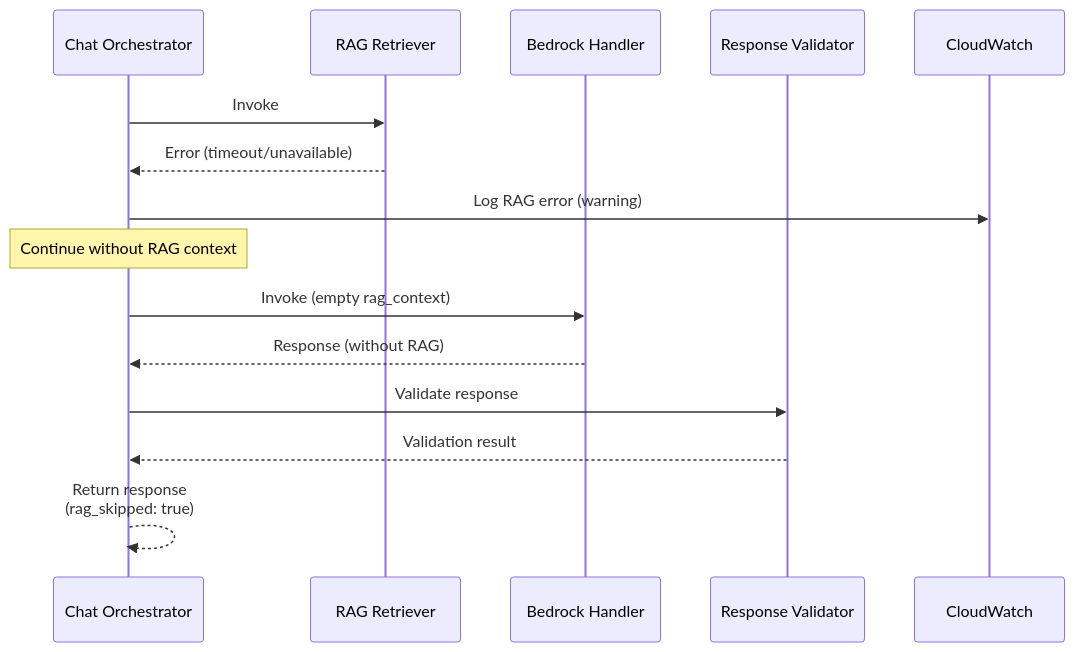
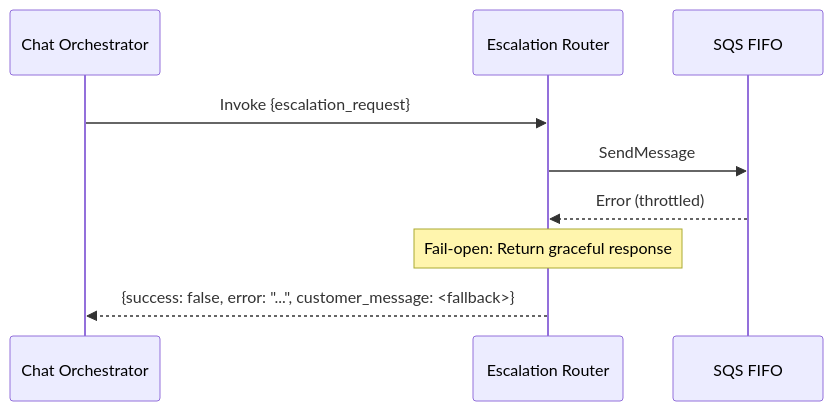
Before and after one commit to jujubear24/ai-customer-service-bot: the fourth of 4 diagrams in docs/architecture/data-flow.md, drawn with Mermaid. The commit also changed other lines of this file and 3 other files, not shown here.

First line of the commit message:
docs: update documentation for Phase 3.3 Escalation Router

````diff
--- a/docs/architecture/data-flow.md
+++ b/docs/architecture/data-flow.md
@@ -1126,23 +284,14 @@
 ```mermaid
 sequenceDiagram
     participant CO as Chat Orchestrator
-    participant RR as RAG Retriever
-    participant BH as Bedrock Handler
-    participant RV as Response Validator
-    participant CW as CloudWatch
+    participant ER as Escalation Router
+    participant SQS as SQS FIFO
 
-    CO->>RR: Invoke
-    RR-->>CO: Error (timeout/unavailable)
+    CO->>ER: Invoke {escalation_request}
+    ER->>SQS: SendMessage
+    SQS-->>ER: Error (throttled)
 
-    CO->>CW: Log RAG error (warning)
+    Note over ER: Fail-open: Return graceful response
 
-    Note over CO: Continue without RAG context
-
-    CO->>BH: Invoke (empty rag_context)
-    BH-->>CO: Response (without RAG)
-
-    CO->>RV: Validate response
-    RV-->>CO: Validation result
-
-    CO-->>CO: Return response<br/>(rag_skipped: true)
+    ER-->>CO: {success: false, error: "...", customer_message: <fallback>}
 ```
````
